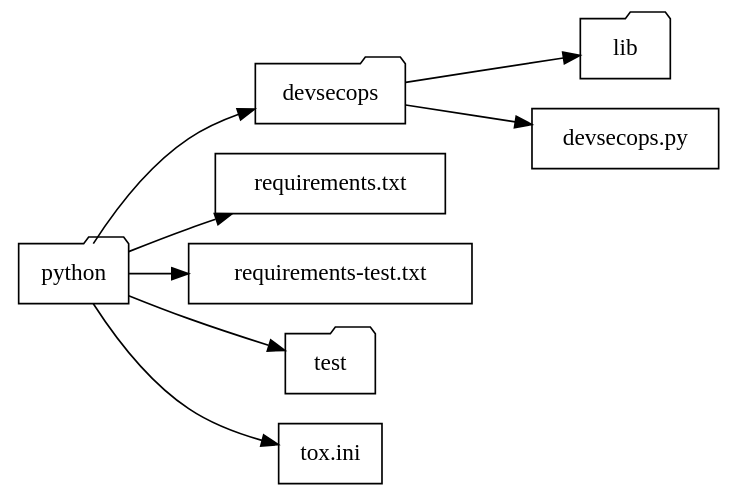
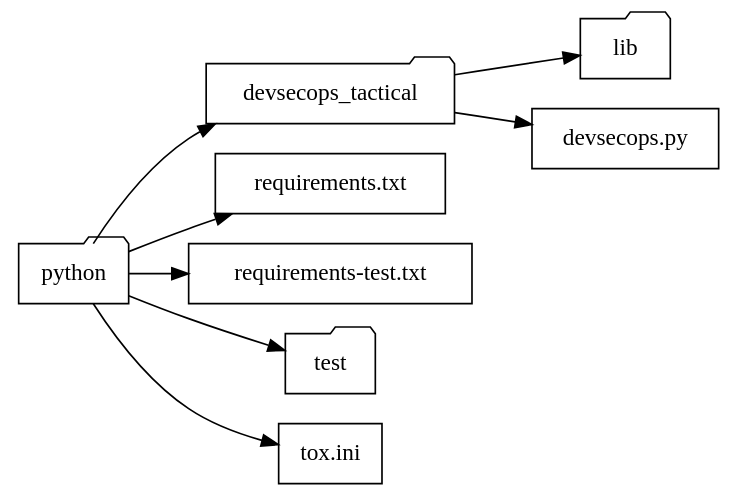
Before and after one commit to ajcborges/devsecops-tactical-workbook: the diagram in book/dot/pythondirectory.dot, drawn with Graphviz. The commit also changed 30 other files, not shown here.

```diff
--- a/book/dot/pythondirectory.dot
+++ b/book/dot/pythondirectory.dot
@@ -1,25 +1,25 @@
 digraph mypython {
     rankdir=LR;
     node [shape=rectangle];
     py [label="python" shape=folder];
-    devsecops [label="devsecops" shape=folder];
+    devsecops [label="devsecops_tactical" shape=folder];
     lib [label="lib" shape=folder];
     req [label="requirements.txt"];
     tst [label="requirements-test.txt"];
     8 [label="test" shape=folder];
     9 [label="devsecops.py"];
     C [label="tox.ini"];
 
     {rank=same; devsecops; 8;}
     {rank=same; req; tst;}
     py -> devsecops;
     devsecops -> lib;
     py -> req;
     py -> tst;
     py -> 8;
     devsecops -> 9;
     py -> C;
     {rank=same; req tst C}
     {rank=same; devsecops 8}
     {rank=smae; lib 9}
 }
```
